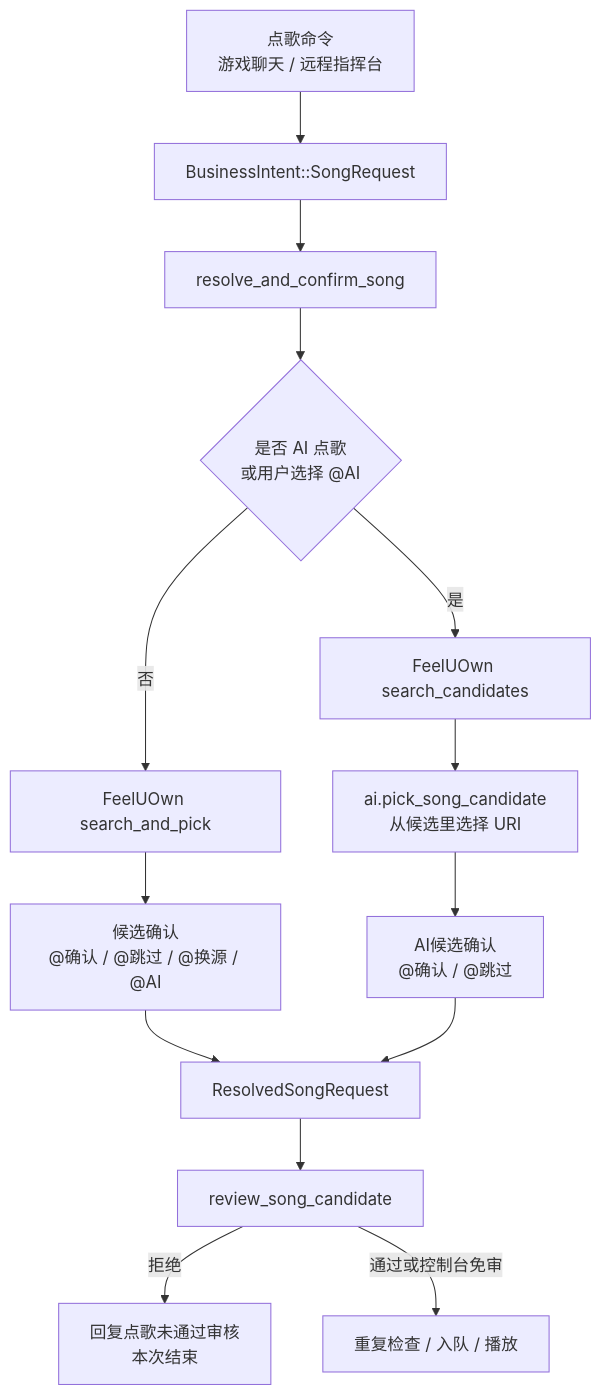
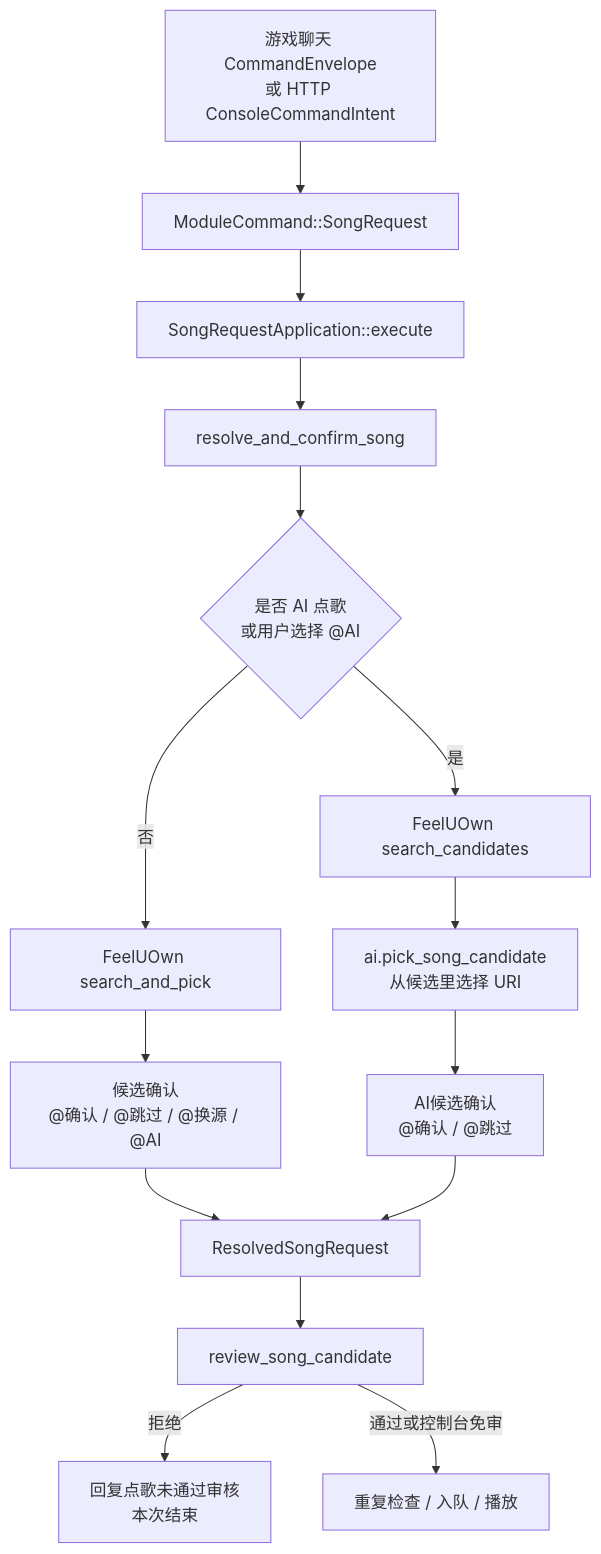
The diagram in docs/ai-song-review-flow.md (XingNian-www/Miliastra-Wonderland-Music), drawn with Mermaid before and after one commit. The commit also changed other lines of this file and 105 other files, not shown here.

Commit message:
refactor: finish v2 architecture migration

````diff
--- a/docs/ai-song-review-flow.md
+++ b/docs/ai-song-review-flow.md
@@ -16,16 +16,17 @@
 ```mermaid
 flowchart TD
-    A["点歌命令<br/>游戏聊天 / 远程指挥台"] --> B["BusinessIntent::SongRequest"]
-    B --> C["resolve_and_confirm_song"]
-    C --> D{"是否 AI 点歌<br/>或用户选择 @AI"}
+    A["游戏聊天 CommandEnvelope<br/>或 HTTP ConsoleCommandIntent"] --> B["ModuleCommand::SongRequest"]
+    B --> C["SongRequestApplication::execute"]
+    C --> D0["resolve_and_confirm_song"]
+    D0 --> D{"是否 AI 点歌<br/>或用户选择 @AI"}
     D -->|否| E["FeelUOwn search_and_pick"]
     D -->|是| F["FeelUOwn search_candidates"]
     F --> G["ai.pick_song_candidate<br/>从候选里选择 URI"]
     E --> H["候选确认<br/>@确认 / @跳过 / @换源 / @AI"]
     G --> I["AI候选确认<br/>@确认 / @跳过"]
     H --> J["ResolvedSongRequest"]
     I --> J
     J --> K["review_song_candidate"]
     K -->|拒绝| L["回复点歌未通过审核<br/>本次结束"]
     K -->|通过或控制台免审| M["重复检查 / 入队 / 播放"]
 ```
````
